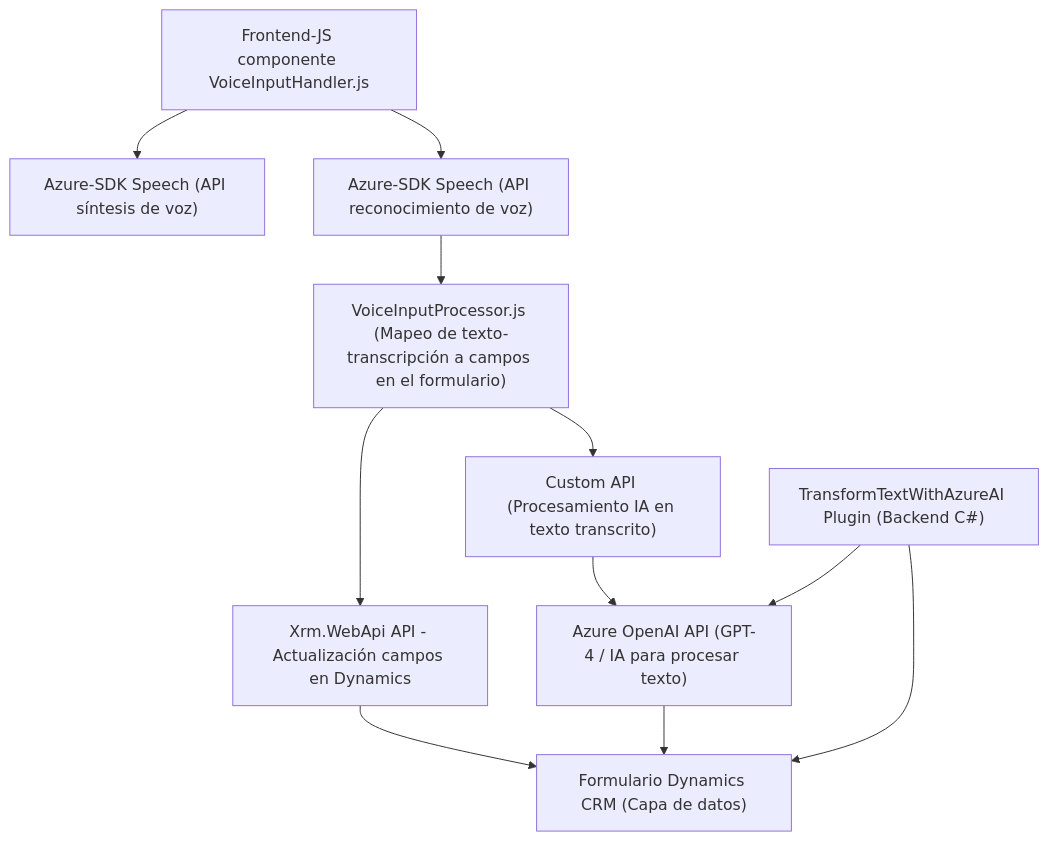
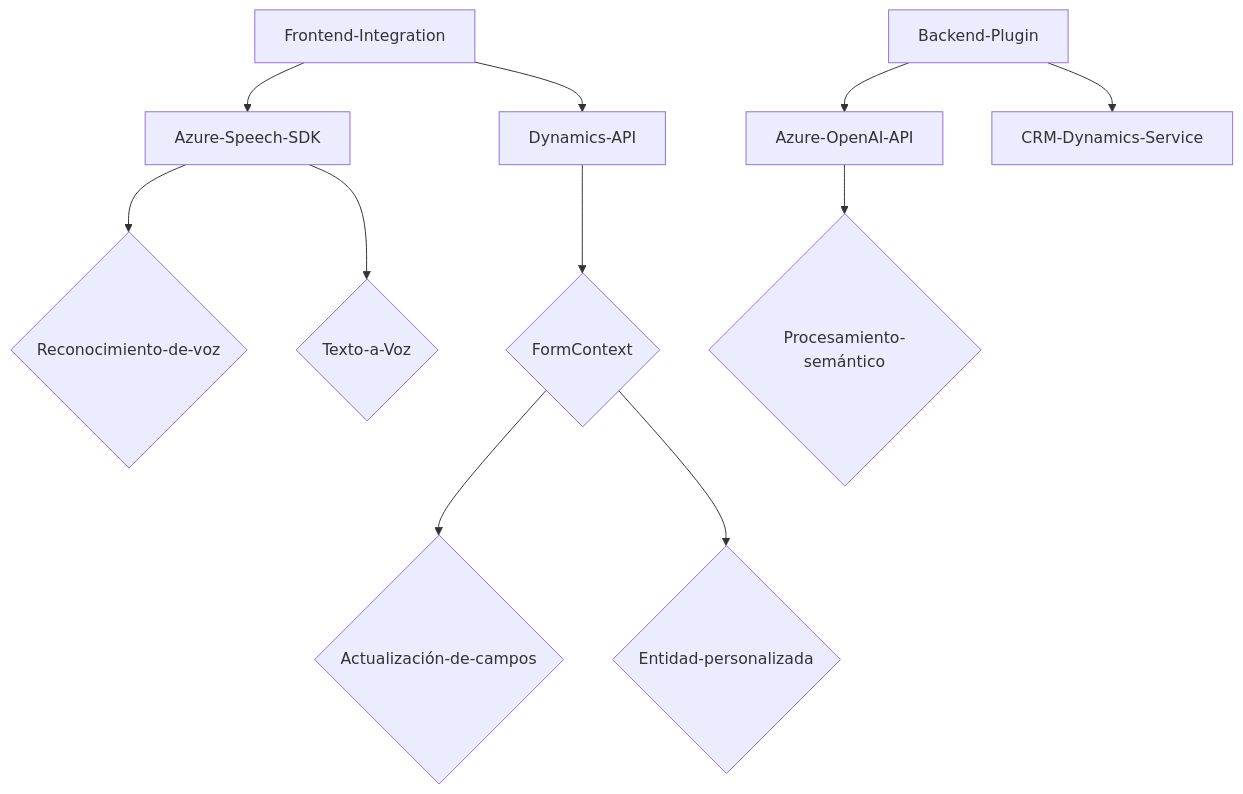
One commit to blopezdm/NETCORE_BILBAO2025 changed the diagram in README.md. Above: the diagram before and after it, drawn with Mermaid. The commit also changed other lines of this file, not shown here.

````diff
--- a/README.md
+++ b/README.md
@@ -76,13 +46,13 @@
 ```mermaid
 graph TD
-    A["Frontend-JS componente VoiceInputHandler.js"] --> B["Azure-SDK Speech (API síntesis de voz)"]
-    A["Frontend-JS componente VoiceInputHandler.js"] --> C["Azure-SDK Speech (API reconocimiento de voz)"]
-    C --> D["VoiceInputProcessor.js (Mapeo de texto-transcripción a campos en el formulario)"]
-    D --> E["Xrm.WebApi API - Actualización campos en Dynamics"]
-    D --> F["Custom API (Procesamiento IA en texto transcrito)"]
-    F --> G["Azure OpenAI API (GPT-4 / IA para procesar texto)"]
-    E --> H["Formulario Dynamics CRM (Capa de datos)"]
-    G --> H
-    I["TransformTextWithAzureAI Plugin (Backend C#)"] --> G
-    I --> H
+  Frontend-Integration --> Azure-Speech-SDK
+  Frontend-Integration --> Dynamics-API
+  Azure-Speech-SDK --> VoiceRecognition{"Reconocimiento-de-voz"}
+  Azure-Speech-SDK --> TTS{"Texto-a-Voz"}
+  Dynamics-API --> CRM-FormContext{"FormContext"}
+  CRM-FormContext --> UpdateFields{"Actualización-de-campos"}
+  CRM-FormContext --> CustomEntity{"Entidad-personalizada"}
+  Backend-Plugin --> Azure-OpenAI-API
+  Azure-OpenAI-API --> JSONTransformation{"Procesamiento-semántico"}
+  Backend-Plugin --> CRM-Dynamics-Service
 ```
````
